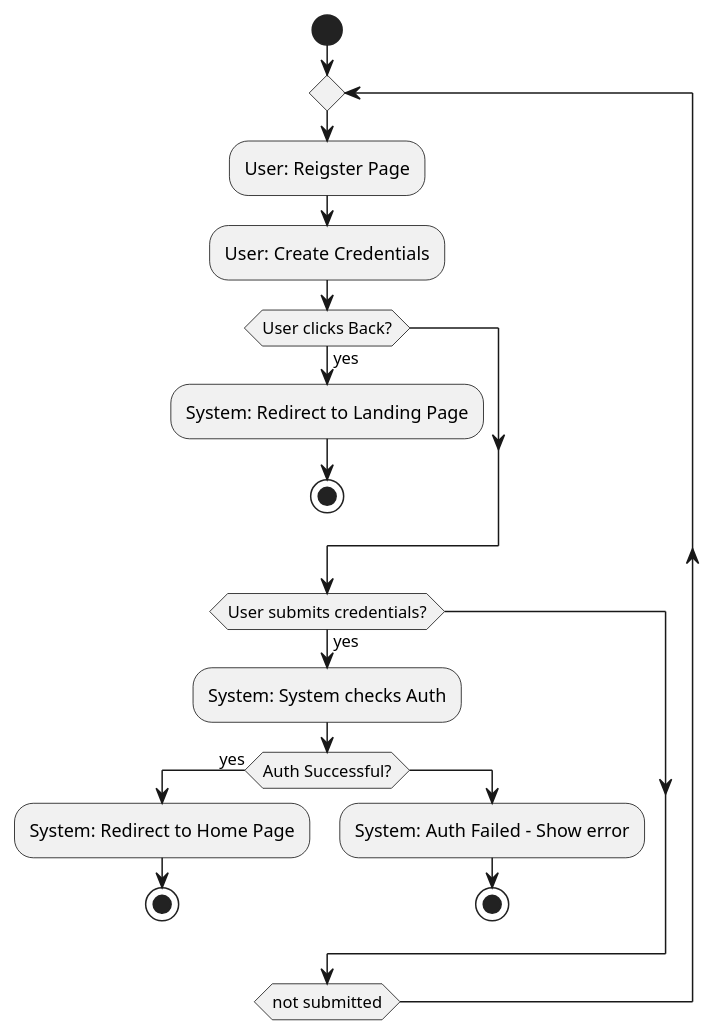
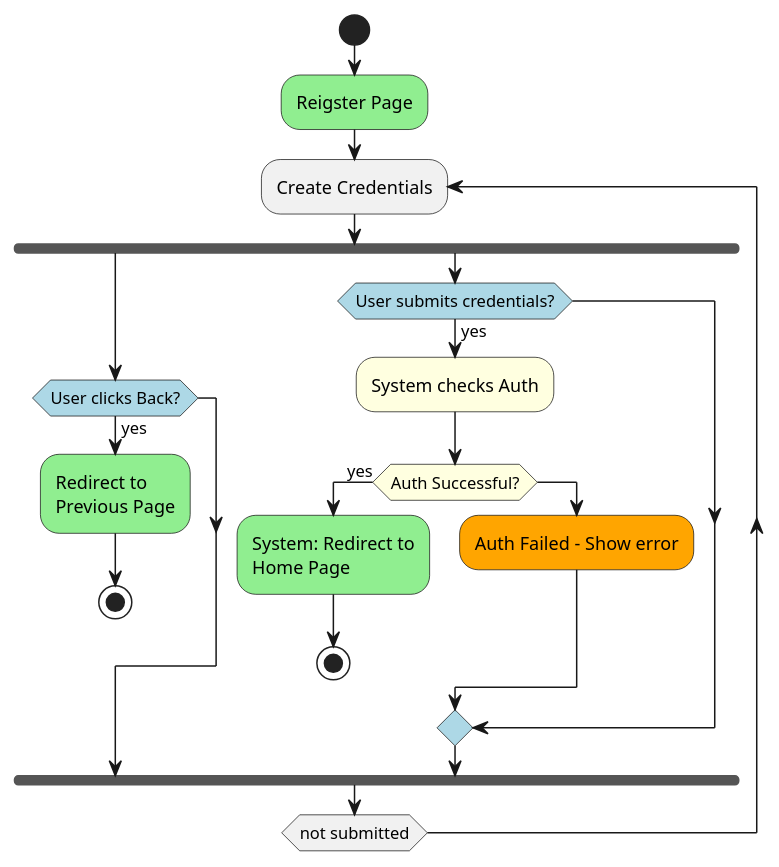
Before and after one commit to MuhannadYazbak/ecommerce: the diagram in src/components/register/RegisterDiagram.puml, drawn with PlantUML. The commit also changed 13 other files, not shown here.

Commit message:
Activity PlantUML for all pages

```diff
--- a/src/components/register/RegisterDiagram.puml
+++ b/src/components/register/RegisterDiagram.puml
@@ -1,34 +1,24 @@
 @startuml RegisterDiagram
-skinparam backgroundColor #ffffff
-skinparam activity {
-    backgroundColor<<user>> #00bfffff
-    backgroundColor<<system>> #f0f05aff
-    BorderColor black
-    FontColor black
-}
-
 start
-
-repeat
-  
-  :User: Reigster Page;
-  :User: Create Credentials;
-
-  if (User clicks Back?) then (yes)
-    :System: Redirect to Landing Page;
+#lightgreen:Reigster Page;
+repeat :Create Credentials;
+fork
+  #lightblue:if (User clicks Back?) then (yes)
+    #lightgreen:Redirect to\nPrevious Page;
     stop
   endif
-
-  if (User submits credentials?) then (yes)
-    :System: System checks Auth;
-    if (Auth Successful?) then (yes)
-      :System: Redirect to Home Page;
+fork again
+  #lightblue:if (User submits credentials?) then (yes)
+    #lightyellow:System checks Auth;
+    #lightyellow:if (Auth Successful?) then (yes)
+      #lightgreen:System: Redirect to\nHome Page;
       stop
     else
-      :System: Auth Failed - Show error;
-      stop
+      #orange:Auth Failed - Show error;
+      
     endif
   endif
+  end fork
 repeat while (not submitted)
 
 @enduml
```
